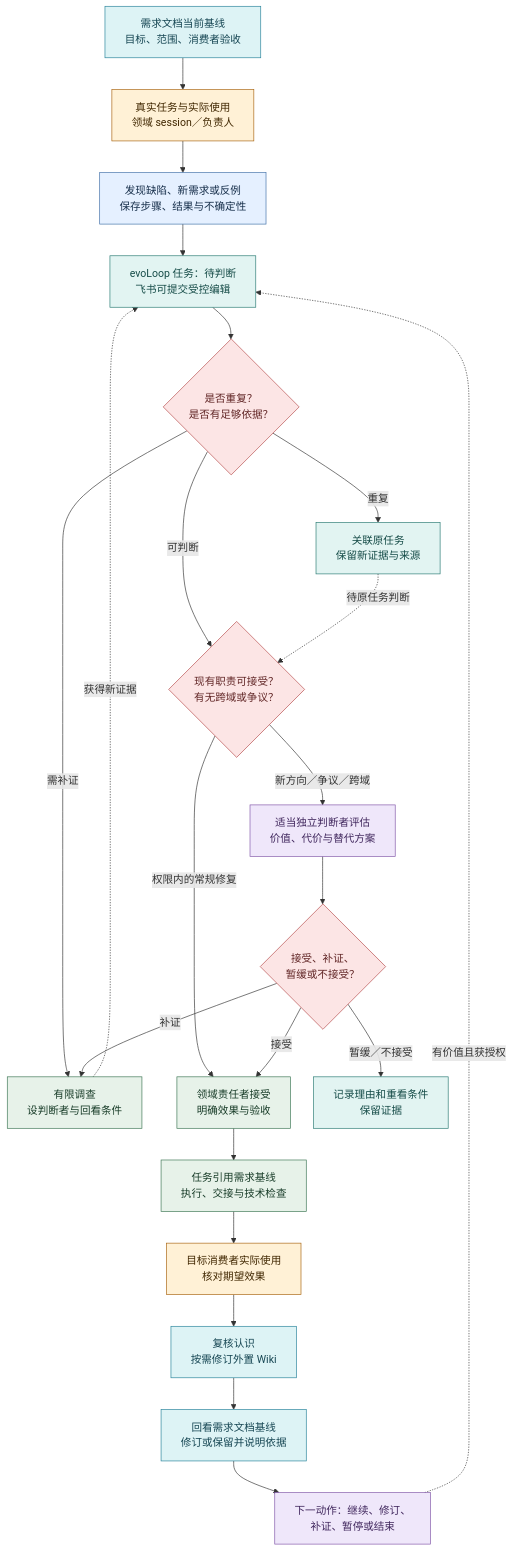
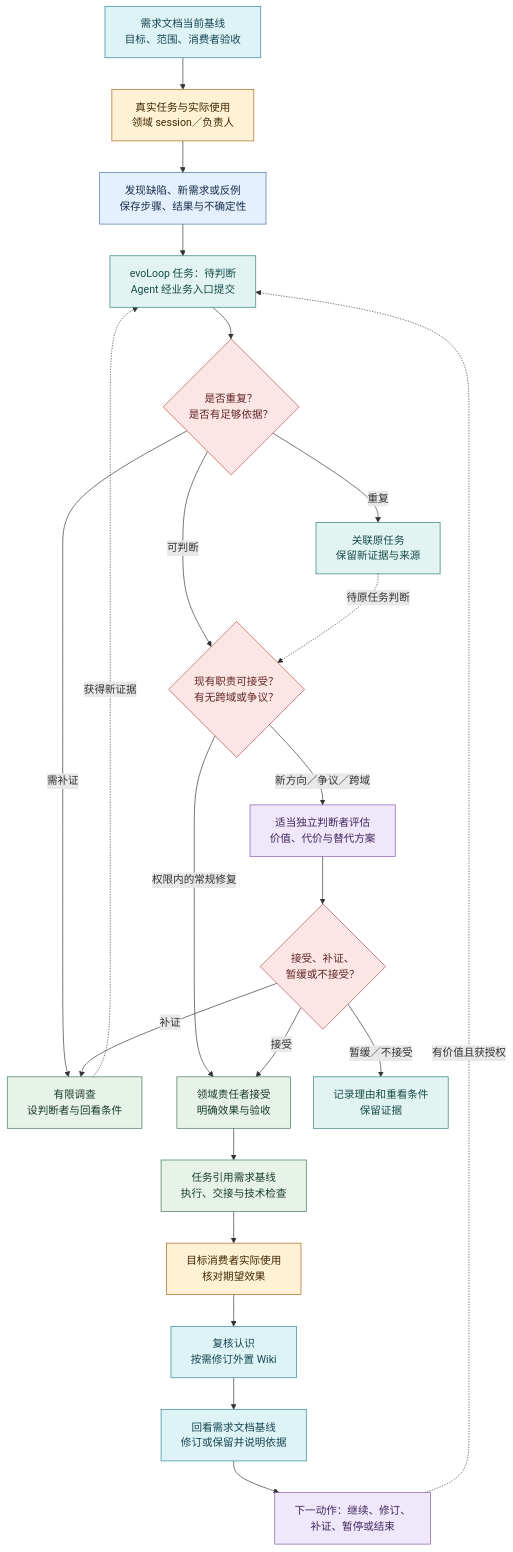
One commit to cyl19970726/evoLoop changed the diagram in docs/product/daily-loop.md. Above: the diagram before and after it, drawn with Mermaid. The commit also changed other lines of this file and 8 other files, not shown here.

````diff
--- a/docs/product/daily-loop.md
+++ b/docs/product/daily-loop.md
@@ -22,32 +35,32 @@
 ```mermaid
 %%{init: {"flowchart":{"wrappingWidth":240,"nodeSpacing":35,"rankSpacing":48}}}%%
 flowchart TB
   B["需求文档当前基线<br/>目标、范围、消费者验收"]:::knowledge --> U["真实任务与实际使用<br/>领域 session／负责人"]:::use
   U --> O["发现缺陷、新需求或反例<br/>保存步骤、结果与不确定性"]:::evidence
-  O --> P["evoLoop 任务：待判断<br/>飞书可提交受控编辑"]:::task
+  O --> P["evoLoop 任务：待判断<br/>Agent 经业务入口提交"]:::task
   P --> D{"是否重复？<br/>是否有足够依据？"}:::decision
   D -->|重复| M["关联原任务<br/>保留新证据与来源"]:::task
   D -->|需补证| X["有限调查<br/>设判断者与回看条件"]:::action
   D -->|可判断| T{"现有职责可接受？<br/>有无跨域或争议？"}:::decision
   T -->|权限内的常规修复| A["领域责任者接受<br/>明确效果与验收"]:::action
   T -->|新方向／争议／跨域| R["适当独立判断者评估<br/>价值、代价与替代方案"]:::cognition
   R --> C{"接受、补证、<br/>暂缓或不接受？"}:::decision
   C -->|接受| A
   C -->|补证| X
   C -->|暂缓／不接受| L["记录理由和重看条件<br/>保留证据"]:::task
   A --> W["任务引用需求基线<br/>执行、交接与技术检查"]:::action
   W --> V["目标消费者实际使用<br/>核对期望效果"]:::use
   V --> K["复核认识<br/>按需修订外置 Wiki"]:::knowledge
   K --> Q["回看需求文档基线<br/>修订或保留并说明依据"]:::knowledge
   Q --> N["下一动作：继续、修订、<br/>补证、暂停或结束"]:::cognition
   N -.->|有价值且获授权| P
   M -.->|待原任务判断| T
   X -.->|获得新证据| P
   classDef use fill:#FFF1D6,stroke:#A86412,color:#402700
   classDef evidence fill:#E5F0FF,stroke:#4270A8,color:#172F4B
   classDef task fill:#E2F4F2,stroke:#297A73,color:#154B47
   classDef decision fill:#FCE5E5,stroke:#B44949,color:#612626
   classDef cognition fill:#EFE7FA,stroke:#8056A8,color:#40275D
   classDef action fill:#E7F2E9,stroke:#3C7654,color:#183C28
   classDef knowledge fill:#DDF3F5,stroke:#27839A,color:#164653
 ```
````
